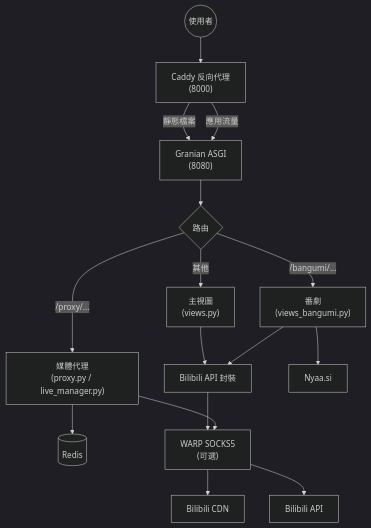
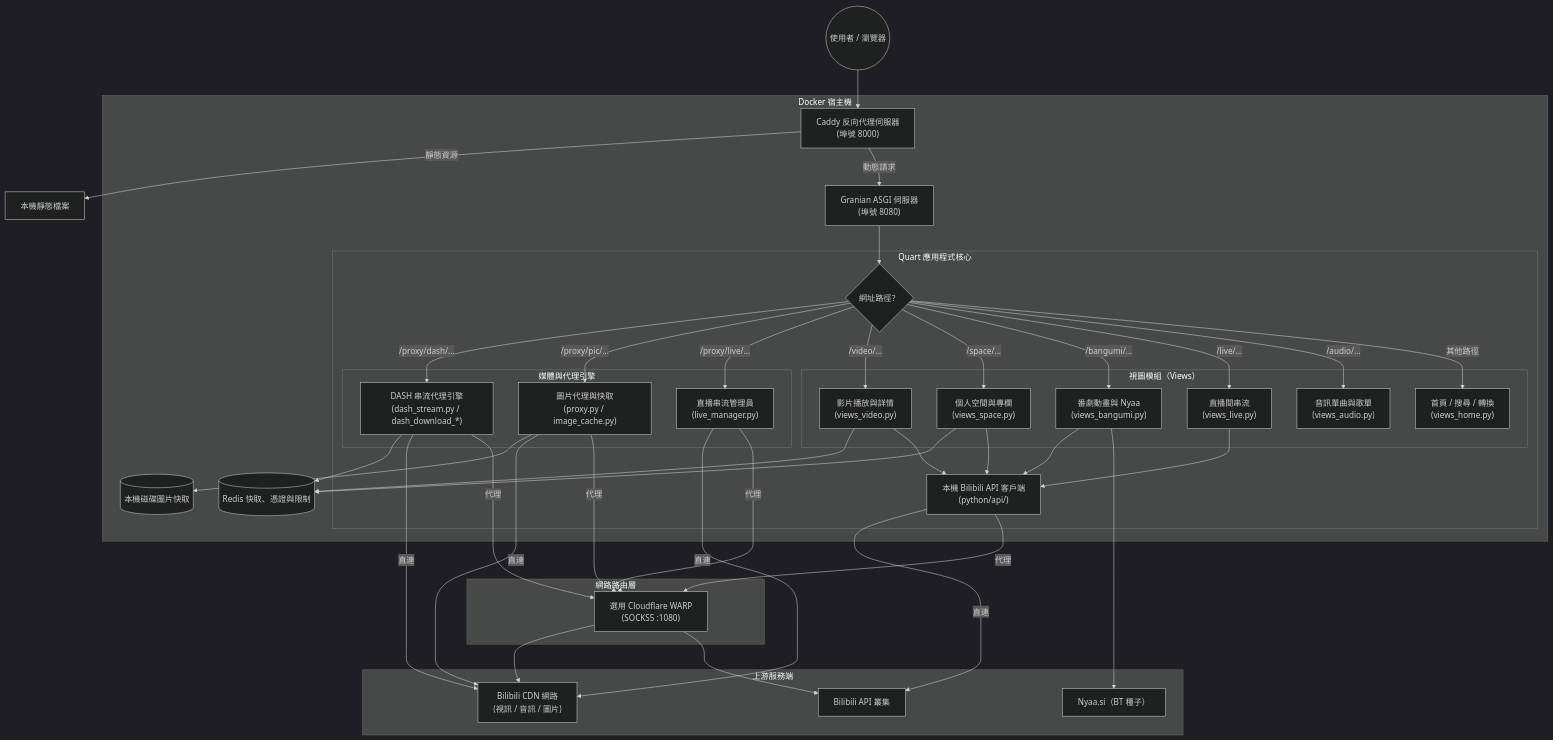
Before and after one commit to apicalshark/mikuinvidious: the diagram in zh-TW/developers/architecture.md, drawn with Mermaid (dark theme). The commit also changed other lines of this file and 39 other files, not shown here.

````diff
--- a/zh-TW/developers/architecture.md
+++ b/zh-TW/developers/architecture.md
@@ -3,32 +79,83 @@
 ```mermaid
 graph TD
-    User((使用者))
-    Caddy["Caddy 反向代理<br>(8000)"]
-    Granian["Granian ASGI<br>(8080)"]
-    Router{路由}
-    Proxy["媒體代理<br>(proxy.py / live_manager.py)"]
-    Bangumi["番劇<br>(views_bangumi.py)"]
-    Views["主視圖<br>(views.py)"]
-    BiliAPI["Bilibili API 封裝"]
-    Redis[("Redis")]
-    Warp["WARP SOCKS5<br>(可選)"]
-    BiliCDN["Bilibili CDN"]
-    BiliSrv["Bilibili API"]
-    Nyaa["Nyaa.si"]
+    User((使用者 / 瀏覽器))
 
+    subgraph "Docker 宿主機"
+        Caddy["Caddy 反向代理伺服器<br>(埠號 8000)"]
+        Granian["Granian ASGI 伺服器<br>(埠號 8080)"]
+
+        subgraph "Quart 應用程式核心"
+            Router{網址路徑？}
+            
+            subgraph "媒體與代理引擎"
+                ProxyDASH["DASH 串流代理引擎<br>(dash_stream.py / dash_download_*)"]
+                ProxyPic["圖片代理與快取<br>(proxy.py / image_cache.py)"]
+                ProxyLive["直播串流管理員<br>(live_manager.py)"]
+            end
+
+            subgraph "視圖模組（Views）"
+                HomeBP["首頁 / 搜尋 / 轉換<br>(views_home.py)"]
+                VideoBP["影片播放與詳情<br>(views_video.py)"]
+                SpaceBP["個人空間與專欄<br>(views_space.py)"]
+                BangumiBP["番劇動畫與 Nyaa<br>(views_bangumi.py)"]
+                LiveBP["直播間串流<br>(views_live.py)"]
+                AudioBP["音訊單曲與歌單<br>(views_audio.py)"]
+            end
+
+            BiliAPI["本機 Bilibili API 客戶端<br>(python/api/)"]
+        end
+
+        Redis[("Redis 快取、憑證與限制")]
+        DiskCache[("本機磁碟圖片快取")]
+    end
+
+    subgraph "網路路由層"
+        Warp["選用 Cloudflare WARP<br>(SOCKS5 :1080)"]
+    end
+
+    subgraph "上游服務端"
+        BiliCDN["Bilibili CDN 網路<br>(視訊 / 音訊 / 圖片)"]
+        BiliServers["Bilibili API 叢集"]
+        NyaaSI["Nyaa.si（BT 種子）"]
+    end
+
+    %% 客戶端存取
     User --> Caddy
-    Caddy -- "靜態檔案" --> Granian
-    Caddy -- "應用流量" --> Granian
+    Caddy -- "靜態資源" --> StaticFS[本機靜態檔案]
+    Caddy -- "動態請求" --> Granian
     Granian --> Router
-    Router -- "/proxy/..." --> Proxy
-    Router -- "/bangumi/..." --> Bangumi
-    Router -- "其他" --> Views
-    Proxy --> Redis
-    Views --> BiliAPI
-    Bangumi --> BiliAPI
-    BiliAPI --> Warp
-    Proxy --> Warp
+
+    %% 路由分發
+    Router -- "/proxy/dash/..." --> ProxyDASH
+    Router -- "/proxy/pic/..." --> ProxyPic
+    Router -- "/proxy/live/..." --> ProxyLive
+    Router -- "/video/..." --> VideoBP
+    Router -- "/space/..." --> SpaceBP
+    Router -- "/bangumi/..." --> BangumiBP
+    Router -- "/live/..." --> LiveBP
+    Router -- "/audio/..." --> AudioBP
+    Router -- "其他路徑" --> HomeBP
+
+    %% 快取與 API 路徑
+    ProxyDASH --> Redis
+    ProxyDASH -- "直連" --> BiliCDN
+    ProxyDASH -- "代理" --> Warp
+    ProxyPic --> DiskCache
+    ProxyPic -- "直連" --> BiliCDN
+    ProxyPic -- "代理" --> Warp
+    ProxyLive -- "直連" --> BiliCDN
+    ProxyLive -- "代理" --> Warp
+
+    VideoBP --> Redis
+    VideoBP --> BiliAPI
+    SpaceBP --> Redis
+    SpaceBP --> BiliAPI
+    BangumiBP --> BiliAPI
+    BangumiBP --> NyaaSI
+    LiveBP --> BiliAPI
+
+    BiliAPI -- "直連" --> BiliServers
+    BiliAPI -- "代理" --> Warp
     Warp --> BiliCDN
-    Warp --> BiliSrv
-    Bangumi --> Nyaa
+    Warp --> BiliServers
 ```
````
